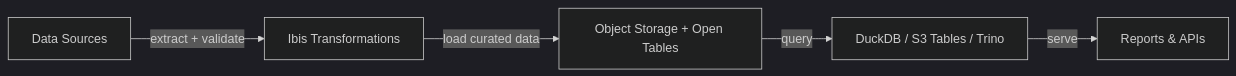
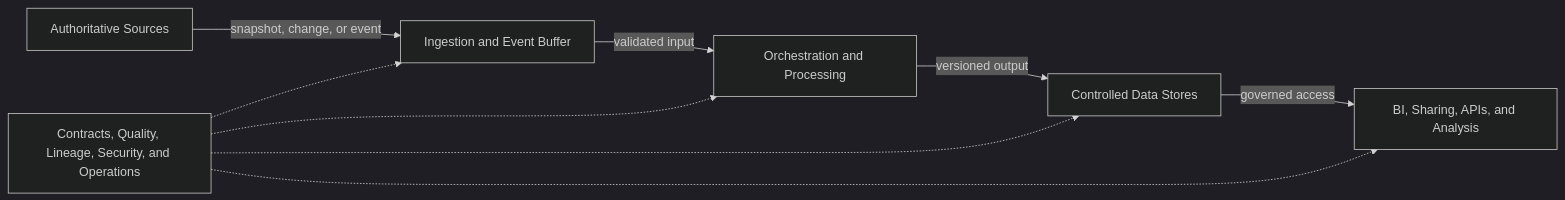
The diagram in reference-architectures/data-pipelines.md (wagov-dtt/architecture-decision-records), drawn with Mermaid (dark theme) before and after one commit. The commit also changed other lines of this file and 35 other files, not shown here.

First line of the commit message:
Modernise cyber protection architecture guidance (#29)

````diff
--- a/reference-architectures/data-pipelines.md
+++ b/reference-architectures/data-pipelines.md
@@ -27,13 +86,18 @@
 ```mermaid
 flowchart LR
-    sources[Data Sources]
-    transform[Ibis Transformations]
-    storage[Object Storage + Open Tables]
-    access[DuckDB / S3 Tables / Trino]
-    output[Reports & APIs]
+    sources[Authoritative Sources]
+    ingest[Ingestion and Event Buffer]
+    process[Orchestration and Processing]
+    stores[Controlled Data Stores]
+    serve[BI, Sharing, APIs, and Analysis]
+    control[Contracts, Quality, Lineage, Security, and Operations]
 
-    sources -->|extract + validate| transform
-    transform -->|load curated data| storage
-    storage -->|query| access
-    access -->|serve| output
+    sources -->|snapshot, change, or event| ingest
+    ingest -->|validated input| process
+    process -->|versioned output| stores
+    stores -->|governed access| serve
+    control -.-> ingest
+    control -.-> process
+    control -.-> stores
+    control -.-> serve
 ```
````
